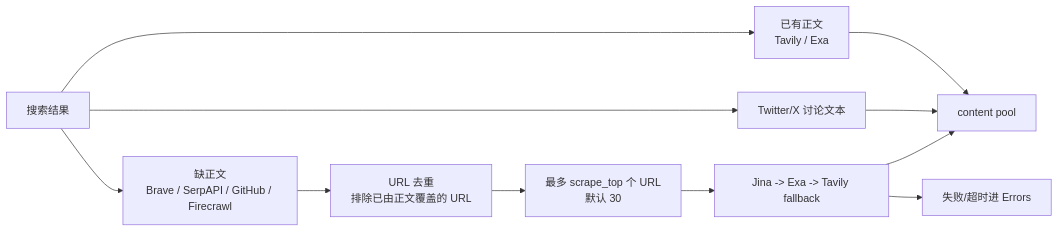
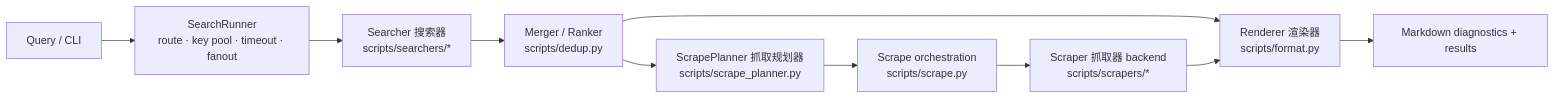
One commit to inorilzy/multi-search-skill changed the diagram in README.md. Above: the diagram before and after it, drawn with Mermaid. The commit also changed other lines of this file and 85 other files, not shown here.

Commit message:
Add multi-search MCP plugin architecture

````diff
--- a/README.md
+++ b/README.md
@@ -139,13 +159,12 @@
 ```mermaid
 flowchart LR
-    S[搜索结果] --> A[已有正文<br/>Tavily / Exa]
-    S --> B[缺正文<br/>Brave / SerpAPI / GitHub / Firecrawl]
-    S --> T[Twitter/X 讨论文本]
-    A --> P[content pool]
-    T --> P
-    B --> D[URL 去重<br/>排除已由正文覆盖的 URL]
-    D --> Q[最多 scrape_top 个 URL<br/>默认 30]
-    Q --> F[Jina -> Exa -> Tavily fallback]
-    F --> P
-    F --> E[失败/超时进 Errors]
+    Q[Query / CLI] --> SR[SearchRunner<br/>route · key pool · timeout · fanout]
+    SR --> S[Searcher 搜索器<br/>scripts/searchers/*]
+    S --> M[Merger / Ranker<br/>scripts/dedup.py]
+    M --> SP[ScrapePlanner 抓取规划器<br/>scripts/scrape_planner.py]
+    SP --> SO[Scrape orchestration<br/>scripts/scrape.py]
+    SO --> B[Scraper 抓取器 backend<br/>scripts/scrapers/*]
+    M --> R[Renderer 渲染器<br/>scripts/format.py]
+    B --> R
+    R --> O[Markdown diagnostics + results]
 ```
````
